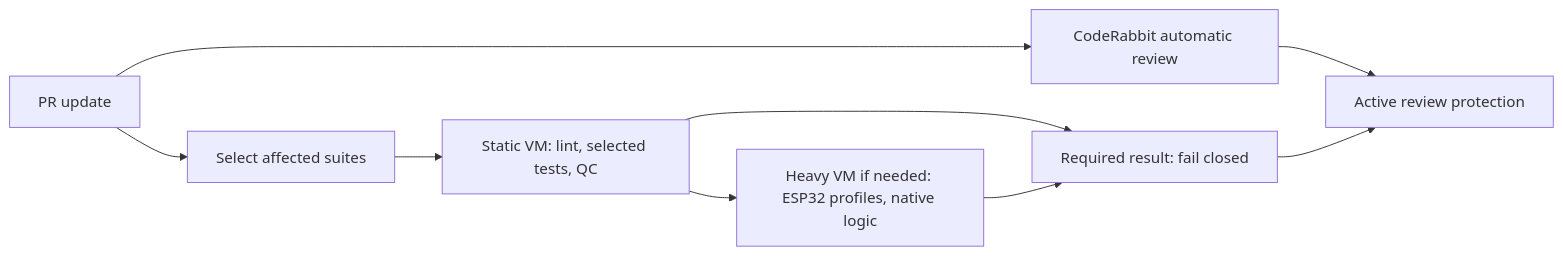
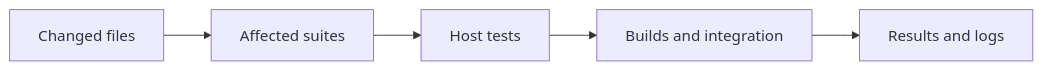
Before and after one commit to DemonicPsychoII/DigitalStethoscope: the diagram in Development/system/testing/ci/OPERATIONS.md, drawn with Mermaid. The commit also changed other lines of this file and 340 other files, not shown here.

````diff
--- a/Development/system/testing/ci/OPERATIONS.md
+++ b/Development/system/testing/ci/OPERATIONS.md
@@ -11,11 +29,7 @@
 ```mermaid
 flowchart LR
-    PR[PR update] --> Plan[Select affected suites]
-    Plan --> Static[Static VM: lint, selected tests, QC]
-    Static --> Heavy[Heavy VM if needed: ESP32 profiles, native logic]
-    Static --> Result[Required result: fail closed]
-    Heavy --> Result
-    PR --> Review[CodeRabbit automatic review]
-    Review --> Gate[Active review protection]
-    Result --> Gate
+    Change[Changed files] --> Select[Affected suites]
+    Select --> Host[Host tests]
+    Host --> Build[Builds and integration]
+    Build --> Evidence[Results and logs]
 ```
````
